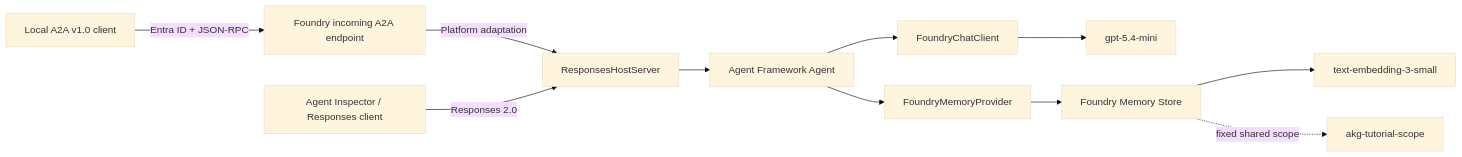
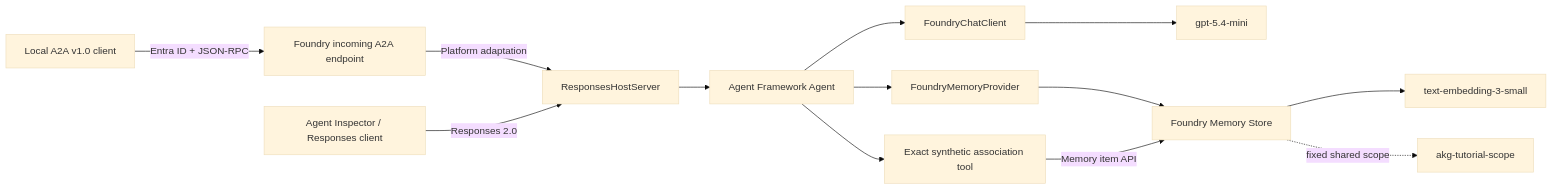
The diagram in agentic-knowledge-gateway/README.md (shinyay/getting-started-with-foundry-toolkit-in-practice), drawn with Mermaid (base theme) before and after one commit. The commit also changed other lines of this file and 2 other files, not shown here.

````diff
--- a/agentic-knowledge-gateway/README.md
+++ b/agentic-knowledge-gateway/README.md
@@ -74,13 +74,15 @@
 ```mermaid
 flowchart LR
     A[Local A2A v1.0 client] -->|Entra ID + JSON-RPC| B[Foundry incoming A2A endpoint]
     B -->|Platform adaptation| C[ResponsesHostServer]
     D[Agent Inspector / Responses client] -->|Responses 2.0| C
     C --> E[Agent Framework Agent]
     E --> F[FoundryChatClient]
     F --> G[gpt-5.4-mini]
     E --> H[FoundryMemoryProvider]
     H --> I[Foundry Memory Store]
+    E --> L[Exact synthetic association tool]
+    L -->|Memory item API| I
     I --> J[text-embedding-3-small]
     I -. fixed shared scope .-> K[akg-tutorial-scope]
 ```
````
